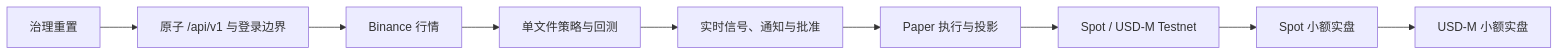
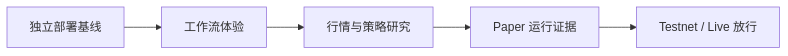
Before and after one commit to CoderLTS/coinsphere-go: the diagram in docs/roadmap/README.md, drawn with Mermaid. The commit also changed other lines of this file and 98 other files, not shown here.

````diff
--- a/docs/roadmap/README.md
+++ b/docs/roadmap/README.md
@@ -11,11 +9,7 @@
 ```mermaid
 flowchart LR
-    G["治理重置"] --> API["原子 /api/v1 与登录边界"]
-    API --> DATA["Binance 行情"]
-    DATA --> RESEARCH["单文件策略与回测"]
-    RESEARCH --> SIGNAL["实时信号、通知与批准"]
-    SIGNAL --> PAPER["Paper 执行与投影"]
-    PAPER --> TESTNET["Spot / USD-M Testnet"]
-    TESTNET --> SPOT["Spot 小额实盘"]
-    SPOT --> FUTURES["USD-M 小额实盘"]
+    BASE["独立部署基线"] --> FLOW["工作流体验"]
+    FLOW --> RESEARCH["行情与策略研究"]
+    RESEARCH --> PAPER["Paper 运行证据"]
+    PAPER --> PRIVATE["Testnet / Live 放行"]
 ```
````
